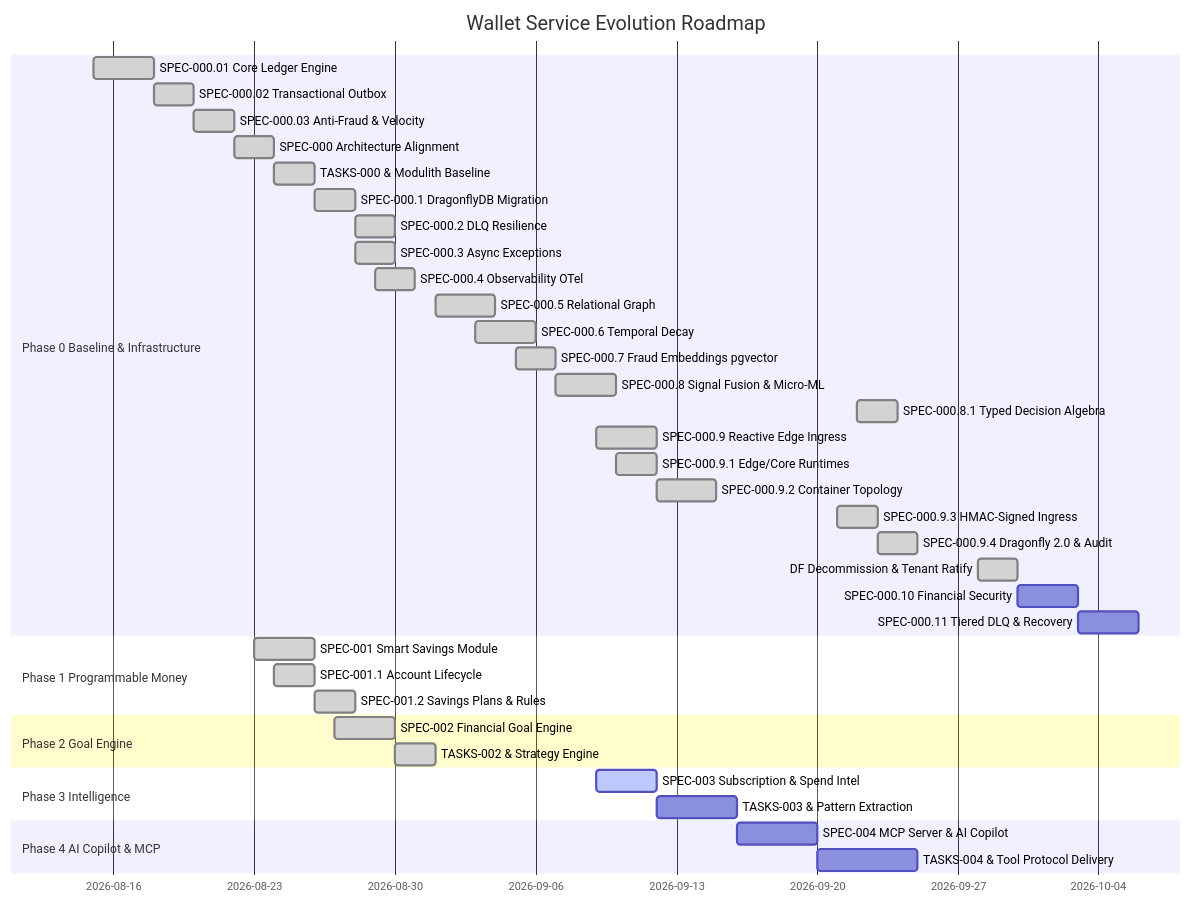
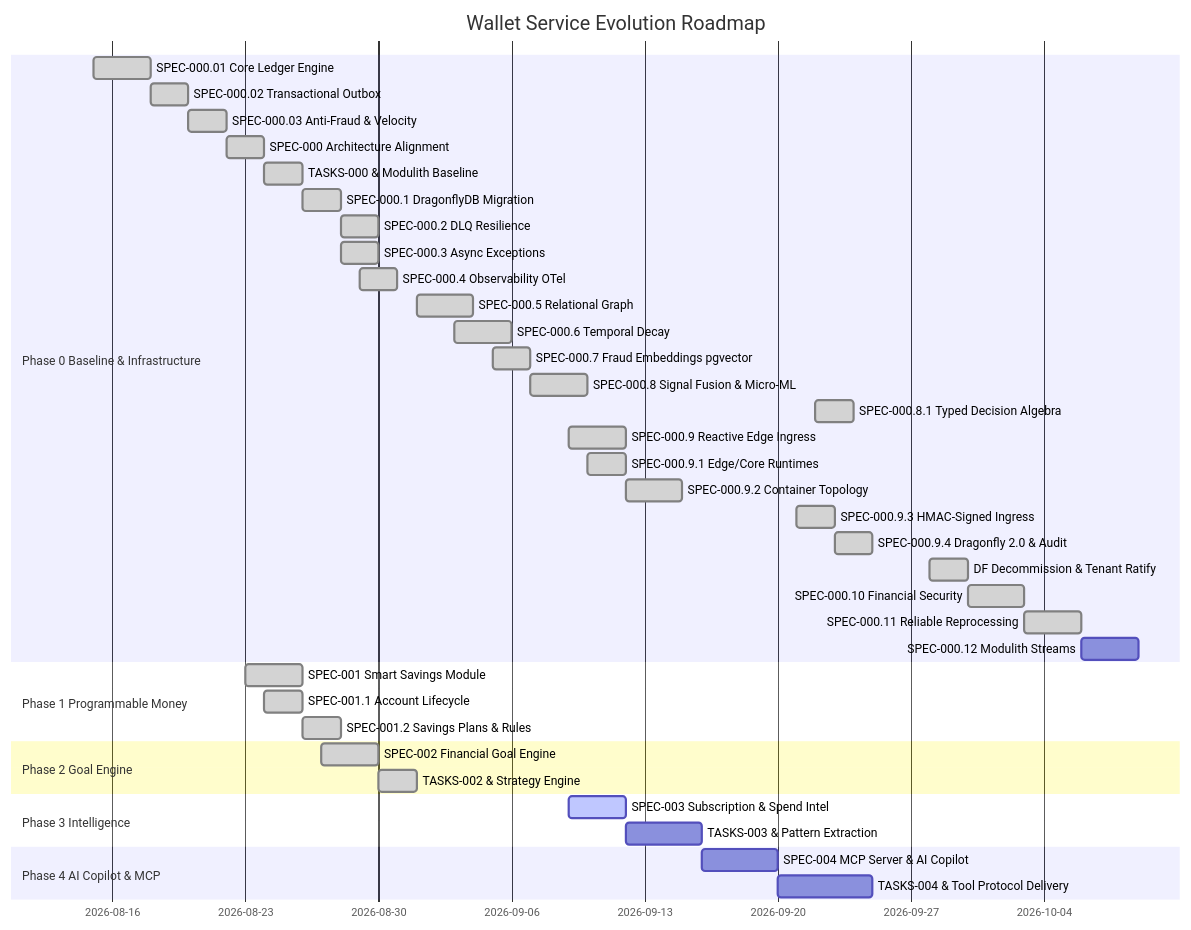
The diagram in .spec/ROADMAP.md (kyogoiano/wallet), drawn with Mermaid before and after one commit. The commit also changed other lines of this file and 69 other files, not shown here.

````diff
--- a/.spec/ROADMAP.md
+++ b/.spec/ROADMAP.md
@@ -111,41 +111,42 @@
 ```mermaid
 gantt
     title Wallet Service Evolution Roadmap
     dateFormat  YYYY-MM-DD
     section Phase 0 Baseline & Infrastructure
     SPEC-000.01 Core Ledger Engine      :done, p00_01, 2026-08-15, 3d
     SPEC-000.02 Transactional Outbox    :done, p00_02, 2026-08-18, 2d
     SPEC-000.03 Anti-Fraud & Velocity   :done, p00_03, 2026-08-20, 2d
     SPEC-000 Architecture Alignment     :done, p00_1, 2026-08-22, 2d
     TASKS-000 & Modulith Baseline       :done, p00_2, after p00_1, 2d
     SPEC-000.1 DragonflyDB Migration    :done, p00_3, 2026-08-26, 2d
     SPEC-000.2 DLQ Resilience           :done, p00_4, 2026-08-28, 2d
     SPEC-000.3 Async Exceptions         :done, p00_5, 2026-08-28, 2d
     SPEC-000.4 Observability OTel       :done, p00_6, 2026-08-29, 2d
     SPEC-000.5 Relational Graph         :done, p00_7, 2026-09-01, 3d
     SPEC-000.6 Temporal Decay           :done, p00_8, 2026-09-03, 3d
     SPEC-000.7 Fraud Embeddings pgvector:done, p00_9, 2026-09-05, 2d
     SPEC-000.8 Signal Fusion & Micro-ML :done, p00_10, 2026-09-07, 3d
     SPEC-000.8.1 Typed Decision Algebra :done, p00_10_1, 2026-09-22, 2d
     SPEC-000.9 Reactive Edge Ingress    :done, p00_11, 2026-09-09, 3d
     SPEC-000.9.1 Edge/Core Runtimes     :done, p00_11_1, 2026-09-10, 2d
     SPEC-000.9.2 Container Topology     :done, p00_11_2, after p00_11_1, 3d
     SPEC-000.9.3 HMAC-Signed Ingress    :done, p00_11_3, 2026-09-21, 2d
     SPEC-000.9.4 Dragonfly 2.0 & Audit  :done, p00_11_4, 2026-09-23, 2d
     DF Decommission & Tenant Ratify     :done, p00_11_5, 2026-09-28, 2d
-    SPEC-000.10 Financial Security      :p00_12, after p00_11_5, 3d
-    SPEC-000.11 Tiered DLQ & Recovery   :p00_13, after p00_12, 3d
+    SPEC-000.10 Financial Security      :done, p00_12, after p00_11_5, 3d
+    SPEC-000.11 Reliable Reprocessing   :done, p00_13, after p00_12, 3d
+    SPEC-000.12 Modulith Streams        :p00_14, after p00_13, 3d
     section Phase 1 Programmable Money
     SPEC-001 Smart Savings Module       :done, p1_1, 2026-08-23, 3d
     SPEC-001.1 Account Lifecycle        :done, p1_2, 2026-08-24, 2d
     SPEC-001.2 Savings Plans & Rules    :done, p1_3, 2026-08-26, 2d
     section Phase 2 Goal Engine
     SPEC-002 Financial Goal Engine      :done, p2_1, 2026-08-27, 3d
     TASKS-002 & Strategy Engine         :done, p2_2, after p2_1, 2d
     section Phase 3 Intelligence
     SPEC-003 Subscription & Spend Intel :active, p3_1, 2026-09-09, 3d
     TASKS-003 & Pattern Extraction      :p3_2, after p3_1, 4d
     section Phase 4 AI Copilot & MCP
     SPEC-004 MCP Server & AI Copilot    :p4_1, after p3_2, 4d
     TASKS-004 & Tool Protocol Delivery  :p4_2, after p4_1, 5d
 ```
````
